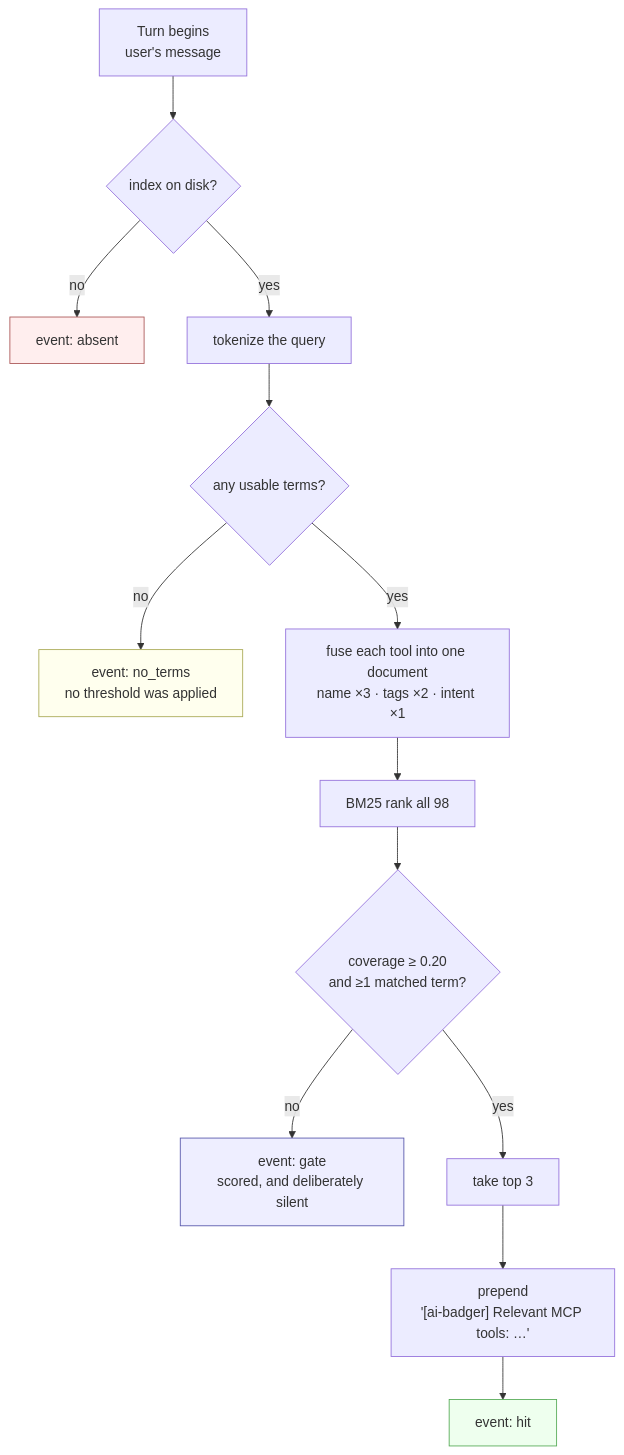
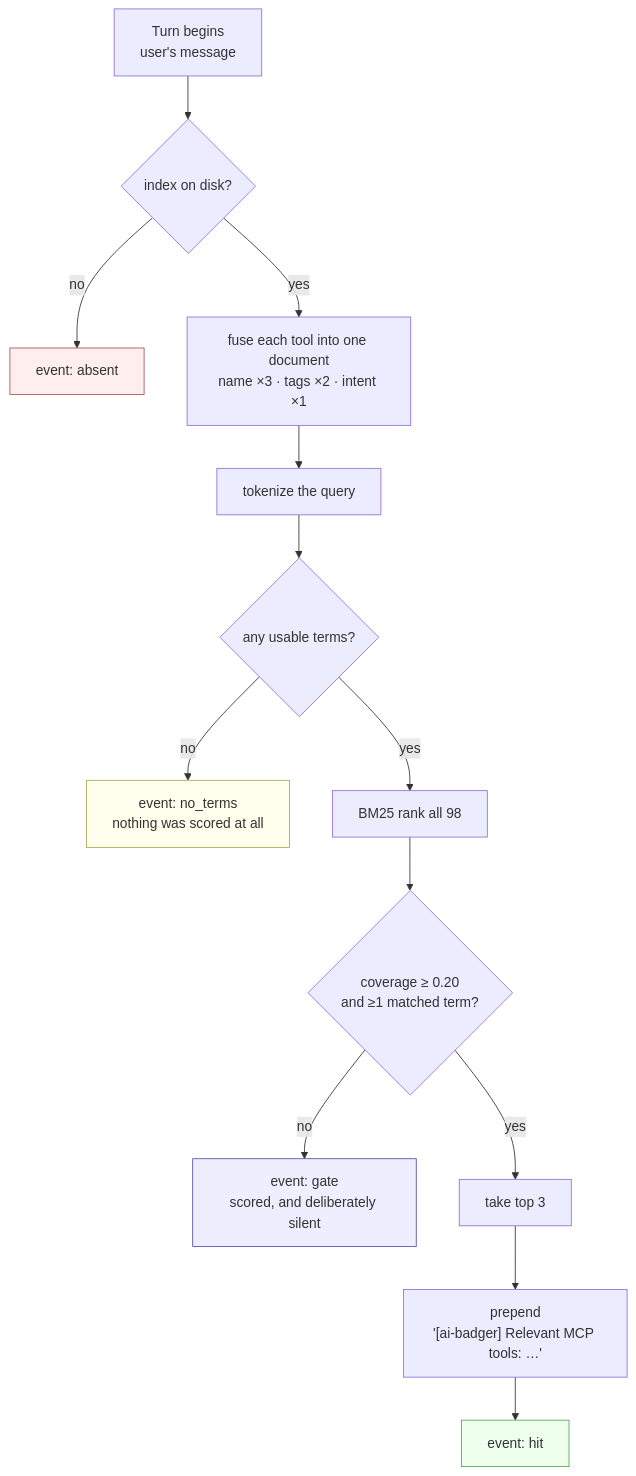
One commit to Arasz/ai-badger changed the second of 3 diagrams in docs/retrieval.md. Above: the diagram before and after it, drawn with Mermaid. The commit also changed other lines of this file and 1 other file, not shown here.

````diff
--- a/docs/retrieval.md
+++ b/docs/retrieval.md
@@ -91,20 +93,20 @@
 ```mermaid
 flowchart TD
     A["Turn begins<br/>user's message"] --> B{"index on disk?"}
     B -- no --> E1["event: absent"]
-    B -- yes --> C["tokenize the query"]
+    B -- yes --> F["fuse each tool into one document<br/>name ×3 · tags ×2 · intent ×1"]
+    F --> C["tokenize the query"]
     C --> D{"any usable terms?"}
-    D -- no --> E2["event: no_terms<br/>no threshold was applied"]
-    D -- yes --> F["fuse each tool into one document<br/>name ×3 · tags ×2 · intent ×1"]
-    F --> G["BM25 rank all 98"]
+    D -- no --> E2["event: no_terms<br/>nothing was scored at all"]
+    D -- yes --> G["BM25 rank all 98"]
     G --> H{"coverage ≥ 0.20<br/>and ≥1 matched term?"}
     H -- no --> E3["event: gate<br/>scored, and deliberately silent"]
     H -- yes --> I["take top 3"]
     I --> J["prepend<br/>'[ai-badger] Relevant MCP tools: …'"]
     J --> E4["event: hit"]
 
     style E1 fill:#fee,stroke:#a55
     style E2 fill:#ffe,stroke:#aa5
     style E3 fill:#eef,stroke:#55a
     style E4 fill:#efe,stroke:#5a5
 ```
````
